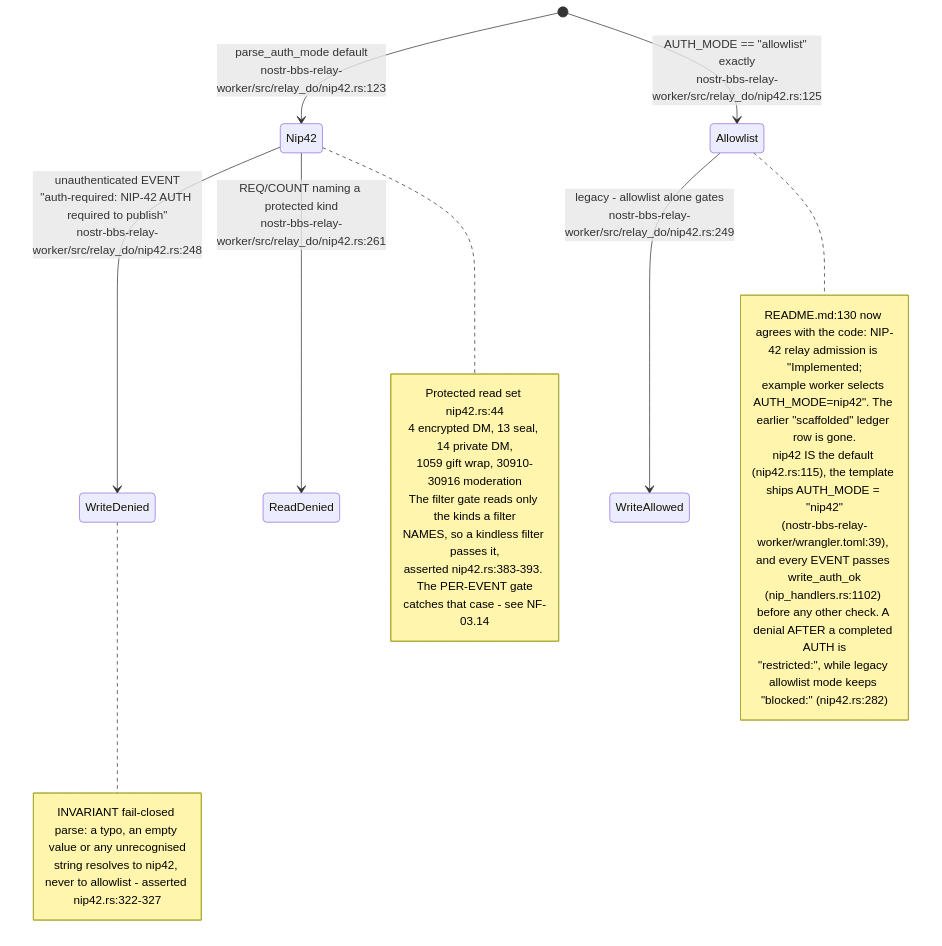
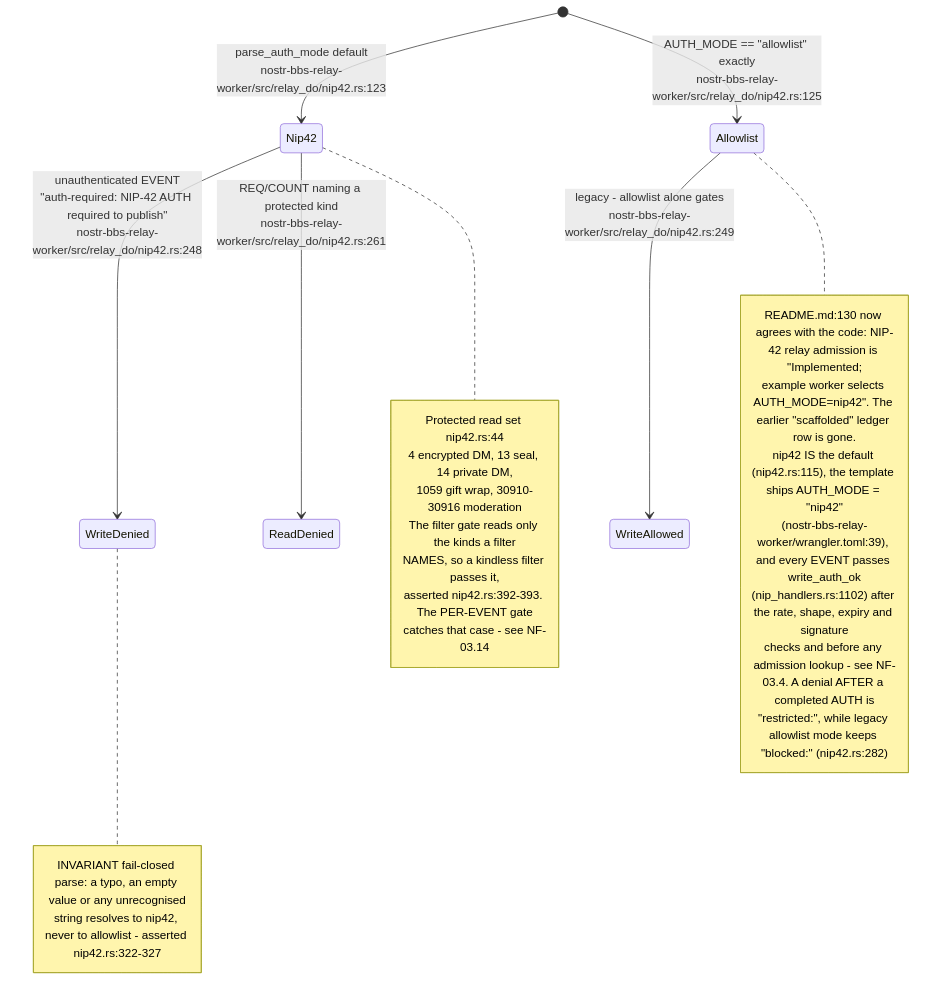
The third of 14 diagrams in docs/diagrams/nostr-rust-forum/03-relay-worker-admission-auth-and-trust.md (DreamLab-AI/VisionFlow), drawn with Mermaid before and after one commit. The commit also changed other lines of this file and 91 other files, not shown here.

````diff
--- a/docs/diagrams/nostr-rust-forum/03-relay-worker-admission-auth-and-trust.md
+++ b/docs/diagrams/nostr-rust-forum/03-relay-worker-admission-auth-and-trust.md
@@ -77,30 +77,31 @@
 ```mermaid
 stateDiagram-v2
     [*] --> Nip42: parse_auth_mode default<br/>nostr-bbs-relay-worker/src/relay_do/nip42.rs:123
     [*] --> Allowlist: AUTH_MODE == "allowlist" exactly<br/>nostr-bbs-relay-worker/src/relay_do/nip42.rs:125
     Nip42 --> WriteDenied: unauthenticated EVENT<br/>"auth-required: NIP-42 AUTH required to publish"<br/>nostr-bbs-relay-worker/src/relay_do/nip42.rs:248
     Nip42 --> ReadDenied: REQ/COUNT naming a protected kind<br/>nostr-bbs-relay-worker/src/relay_do/nip42.rs:261
     Allowlist --> WriteAllowed: legacy - allowlist alone gates<br/>nostr-bbs-relay-worker/src/relay_do/nip42.rs:249
 
     note right of Nip42
         Protected read set nip42.rs:44
         4 encrypted DM, 13 seal, 14 private DM,
         1059 gift wrap, 30910-30916 moderation
         The filter gate reads only the kinds a filter
         NAMES, so a kindless filter passes it,
-        asserted nip42.rs:383-393. The PER-EVENT gate
+        asserted nip42.rs:392-393. The PER-EVENT gate
         catches that case - see NF-03.14
     end note
     note right of Allowlist
         README.md:130 now agrees with the code: NIP-42 relay admission is "Implemented;
         example worker selects AUTH_MODE=nip42". The earlier "scaffolded" ledger row is gone.
         nip42 IS the default (nip42.rs:115), the template ships AUTH_MODE = "nip42"
         (nostr-bbs-relay-worker/wrangler.toml:39), and every EVENT passes write_auth_ok
-        (nip_handlers.rs:1102) before any other check. A denial AFTER a completed AUTH is
+        (nip_handlers.rs:1102) after the rate, shape, expiry and signature
+        checks and before any admission lookup - see NF-03.4. A denial AFTER a completed AUTH is
         "restricted:", while legacy allowlist mode keeps "blocked:" (nip42.rs:282)
     end note
     note right of WriteDenied
         INVARIANT fail-closed parse: a typo, an empty value or any unrecognised
         string resolves to nip42, never to allowlist - asserted nip42.rs:322-327
     end note
 ```
````
